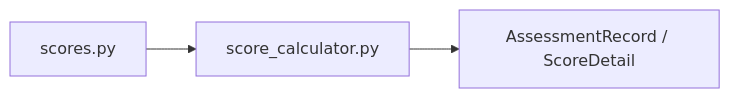
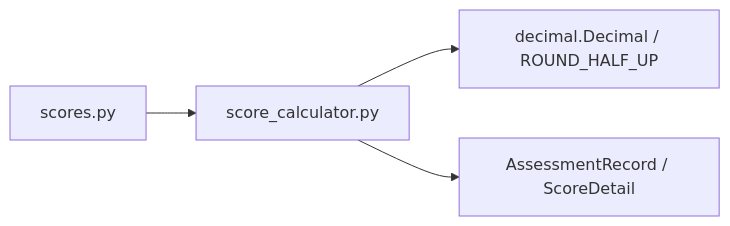
Before and after one commit to xgd561/performance_evaluation_system: the sixth of 6 diagrams in .qoder/repowiki/zh/content/评分系统/加权计算引擎.md, drawn with Mermaid. The commit also changed other lines of this file and 136 other files, not shown here.

````diff
--- a/.qoder/repowiki/zh/content/评分系统/加权计算引擎.md
+++ b/.qoder/repowiki/zh/content/评分系统/加权计算引擎.md
@@ -187,5 +220,6 @@
 ```mermaid
 graph LR
 A["scores.py"] --> B["score_calculator.py"]
-B --> C["AssessmentRecord / ScoreDetail"]
+B --> C["decimal.Decimal / ROUND_HALF_UP"]
+B --> D["AssessmentRecord / ScoreDetail"]
 ```
````
